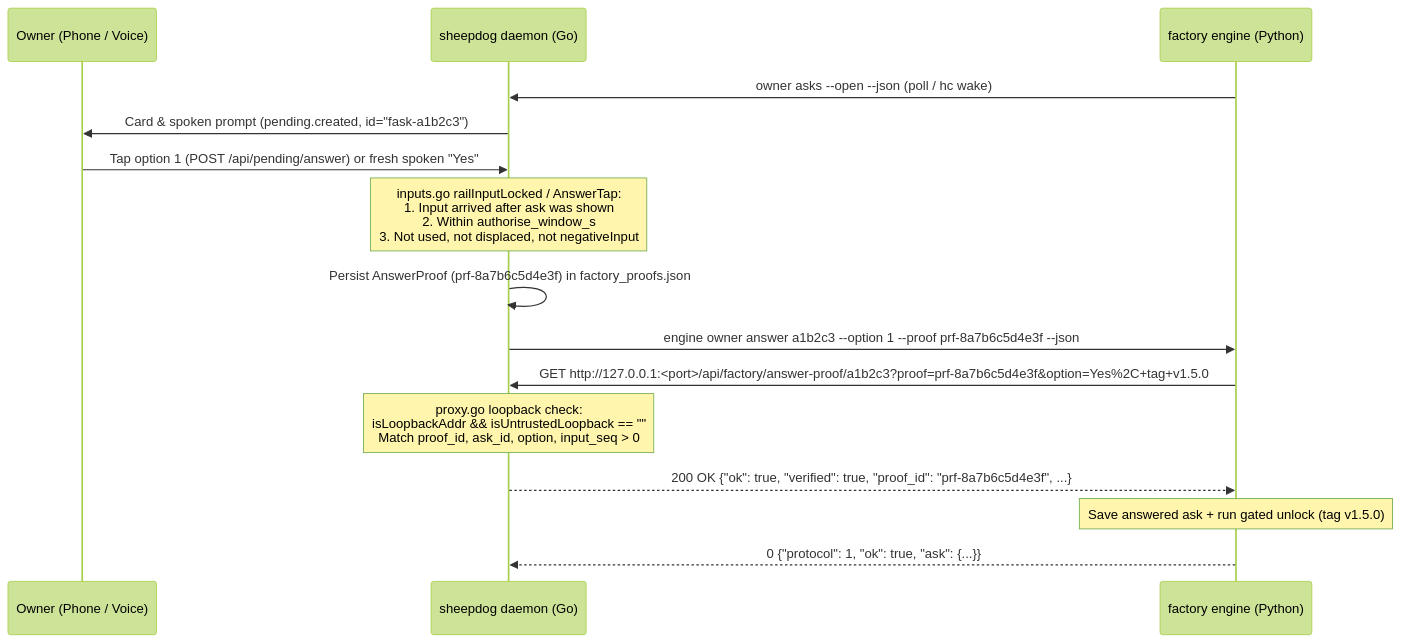
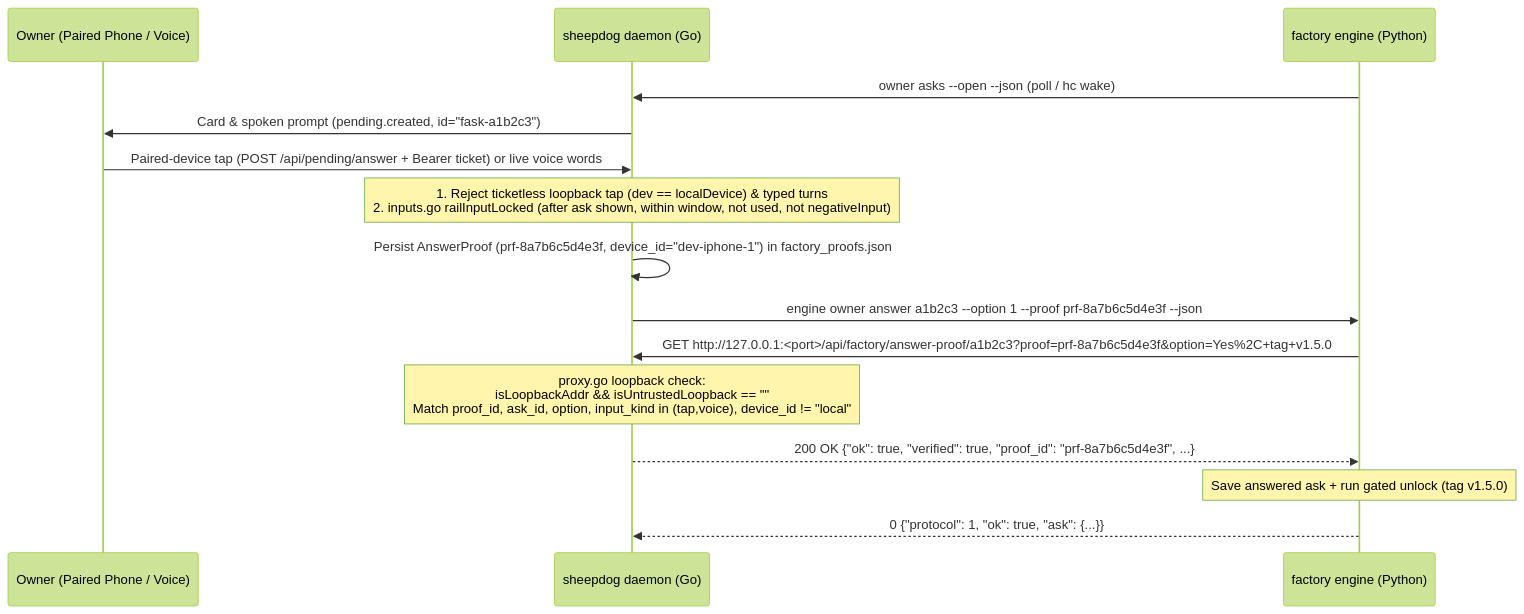
The second of 3 diagrams in docs/dev/factory/owner-contract.md (kccarlos/herdr-sheepdog), drawn with Mermaid (forest theme) before and after one commit. The commit also changed other lines of this file, not shown here.

Commit message:
docs(factory): address review findings on proof auth, delegation schema, and fixture

````diff
--- a/docs/dev/factory/owner-contract.md
+++ b/docs/dev/factory/owner-contract.md
@@ -802,18 +856,18 @@
 ```mermaid
 sequenceDiagram
-  participant Phone as Owner (Phone / Voice)
+  participant Phone as Owner (Paired Phone / Voice)
   participant Daemon as sheepdog daemon (Go)
   participant Engine as factory engine (Python)
 
   Engine->>Daemon: owner asks --open --json (poll / hc wake)
   Daemon->>Phone: Card & spoken prompt (pending.created, id="fask-a1b2c3")
-  Phone->>Daemon: Tap option 1 (POST /api/pending/answer) or fresh spoken "Yes"
-  Note over Daemon: inputs.go railInputLocked / AnswerTap:<br/>1. Input arrived after ask was shown<br/>2. Within authorise_window_s<br/>3. Not used, not displaced, not negativeInput
-  Daemon->>Daemon: Persist AnswerProof (prf-8a7b6c5d4e3f) in factory_proofs.json
+  Phone->>Daemon: Paired-device tap (POST /api/pending/answer + Bearer ticket) or live voice words
+  Note over Daemon: 1. Reject ticketless loopback tap (dev == localDevice) & typed turns<br/>2. inputs.go railInputLocked (after ask shown, within window, not used, not negativeInput)
+  Daemon->>Daemon: Persist AnswerProof (prf-8a7b6c5d4e3f, device_id="dev-iphone-1") in factory_proofs.json
   Daemon->>Engine: engine owner answer a1b2c3 --option 1 --proof prf-8a7b6c5d4e3f --json
   Engine->>Daemon: GET http://127.0.0.1:<port>/api/factory/answer-proof/a1b2c3?proof=prf-8a7b6c5d4e3f&option=Yes%2C+tag+v1.5.0
-  Note over Daemon: proxy.go loopback check:<br/>isLoopbackAddr && isUntrustedLoopback == ""<br/>Match proof_id, ask_id, option, input_seq > 0
+  Note over Daemon: proxy.go loopback check:<br/>isLoopbackAddr && isUntrustedLoopback == ""<br/>Match proof_id, ask_id, option, input_kind in (tap,voice), device_id != "local"
   Daemon-->>Engine: 200 OK {"ok": true, "verified": true, "proof_id": "prf-8a7b6c5d4e3f", ...}
   Note over Engine: Save answered ask + run gated unlock (tag v1.5.0)
   Engine-->>Daemon: 0 {"protocol": 1, "ok": true, "ask": {...}}
 ```
````
